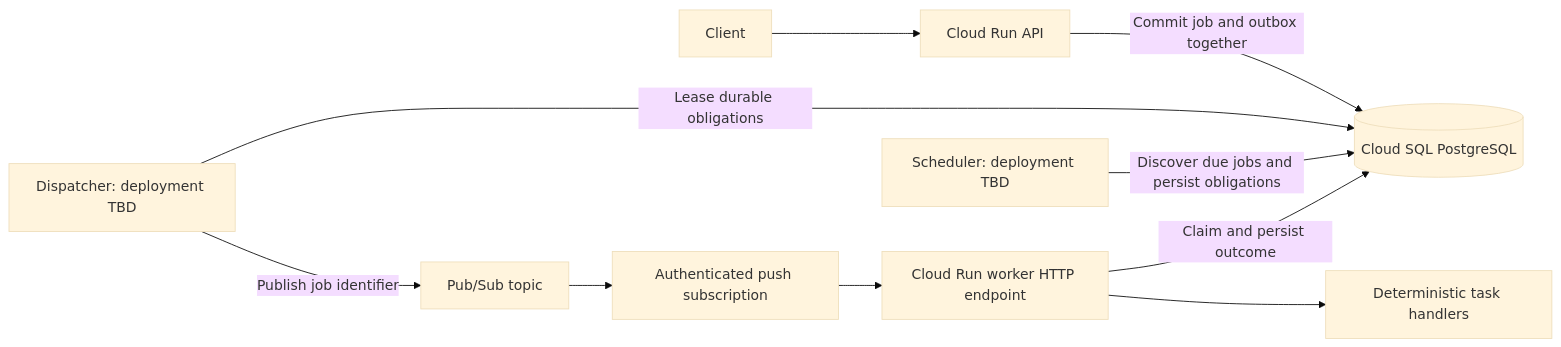
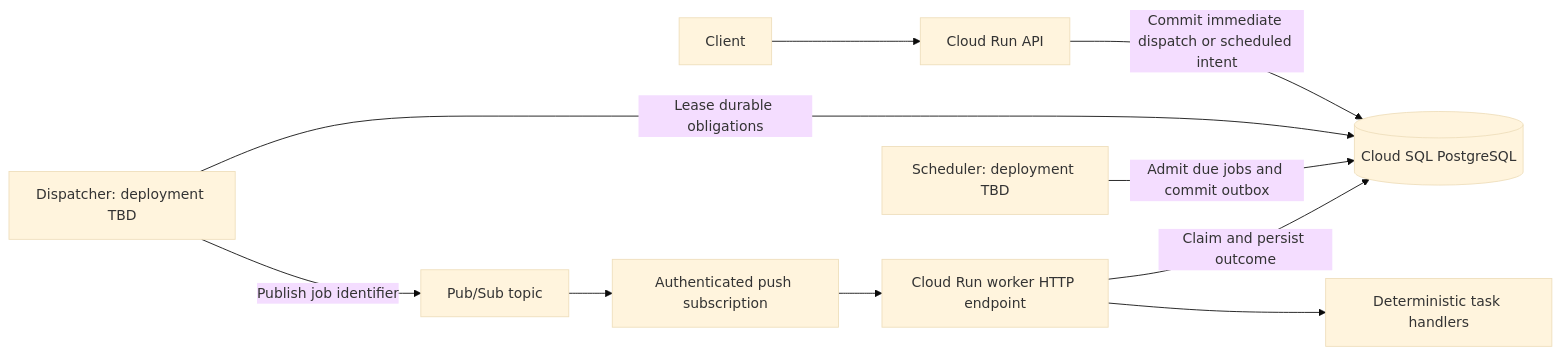
One commit to Erem32/Distributed-Cloud-Scheduler changed the second of 2 diagrams in docs/PROJECT_SPEC.md. Above: the diagram before and after it, drawn with Mermaid (base theme). The commit also changed other lines of this file and 20 other files, not shown here.

Commit message:
feat: complete milestone 10 with durable scheduled jobs and atomic admission

````diff
--- a/docs/PROJECT_SPEC.md
+++ b/docs/PROJECT_SPEC.md
@@ -48,12 +48,12 @@
 ```mermaid
 flowchart LR
     Client --> API[Cloud Run API]
-    API -->|Commit job and outbox together| DB[(Cloud SQL PostgreSQL)]
+    API -->|Commit immediate dispatch or scheduled intent| DB[(Cloud SQL PostgreSQL)]
     Dispatcher[Dispatcher: deployment TBD] -->|Lease durable obligations| DB
     Dispatcher -->|Publish job identifier| Queue[Pub/Sub topic]
     Queue --> Push[Authenticated push subscription]
     Push --> Worker[Cloud Run worker HTTP endpoint]
     Worker -->|Claim and persist outcome| DB
     Worker --> Tasks[Deterministic task handlers]
-    Scheduler[Scheduler: deployment TBD] -->|Discover due jobs and persist obligations| DB
+    Scheduler[Scheduler: deployment TBD] -->|Admit due jobs and commit outbox| DB
 ```
````
